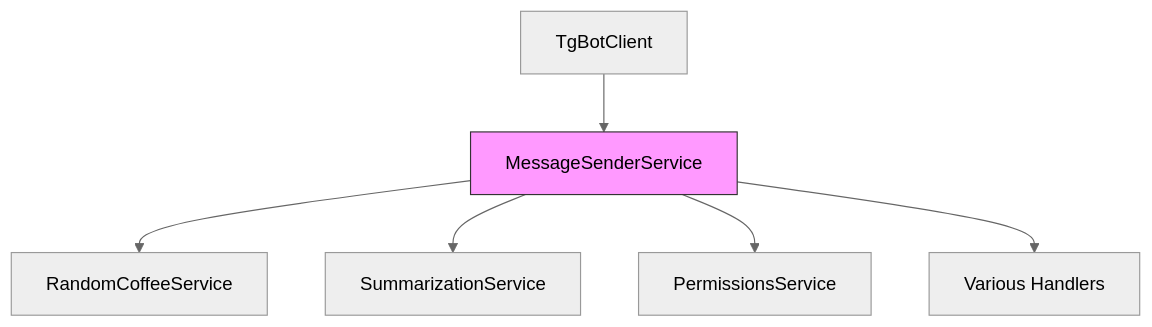
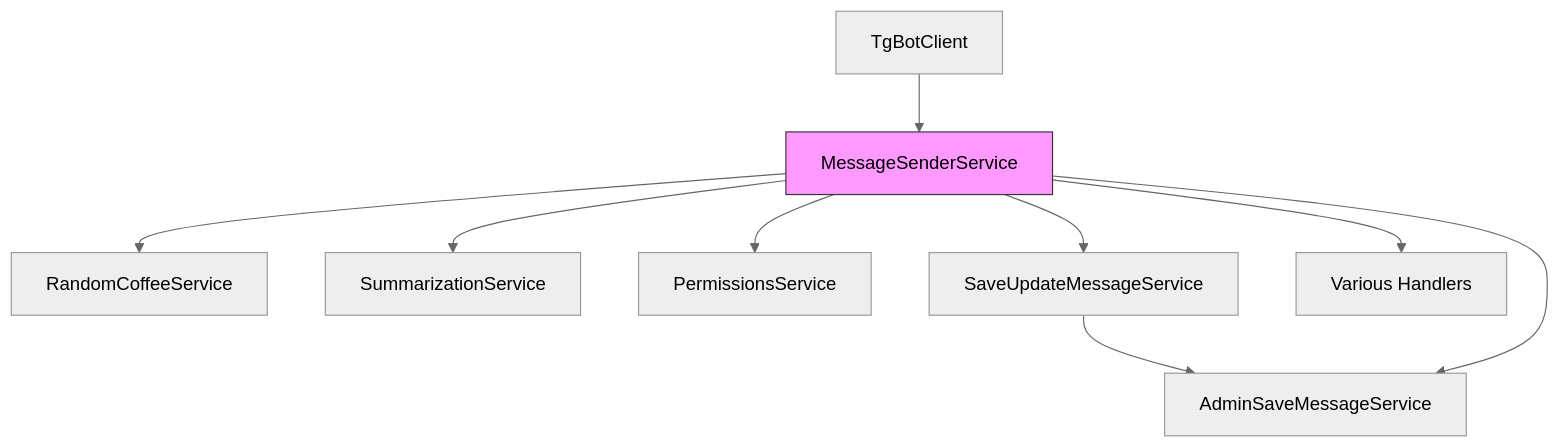
One commit to it-beard/evo-bot-go changed the first of 2 diagrams in .qoder/repowiki/en/content/Service Layer/Message Sender Service.md. Above: the diagram before and after it, drawn with Mermaid (neutral theme). The commit also changed other lines of this file and 22 other files, not shown here.

````diff
--- a/.qoder/repowiki/en/content/Service Layer/Message Sender Service.md
+++ b/.qoder/repowiki/en/content/Service Layer/Message Sender Service.md
@@ -52,9 +61,12 @@
 ```mermaid
 graph TD
 TgBotClient[TgBotClient] --> MessageSenderService[MessageSenderService]
 MessageSenderService --> RandomCoffeeService[RandomCoffeeService]
 MessageSenderService --> SummarizationService[SummarizationService]
 MessageSenderService --> PermissionsService[PermissionsService]
+MessageSenderService --> SaveUpdateMessageService[SaveUpdateMessageService]
+SaveUpdateMessageService --> AdminSaveMessageService[AdminSaveMessageService]
+MessageSenderService --> AdminSaveMessageService
 MessageSenderService --> Handlers[Various Handlers]
 style MessageSenderService fill:#f9f,stroke:#333
 ```
````
